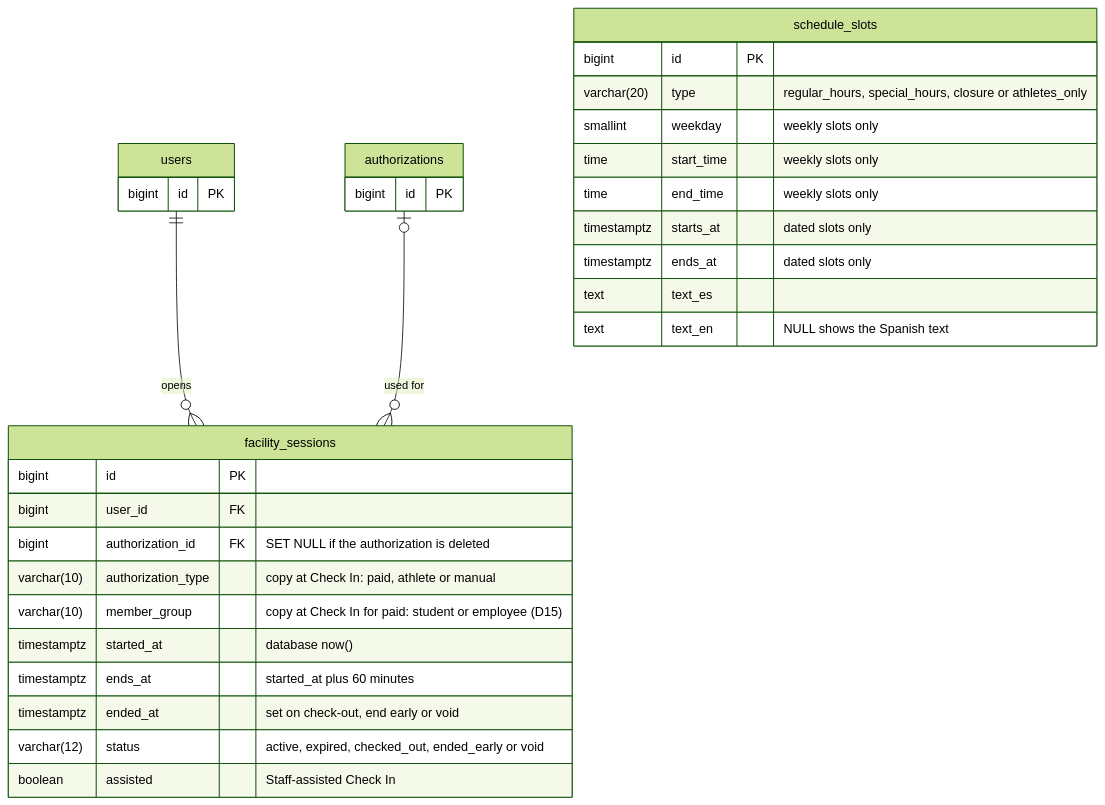
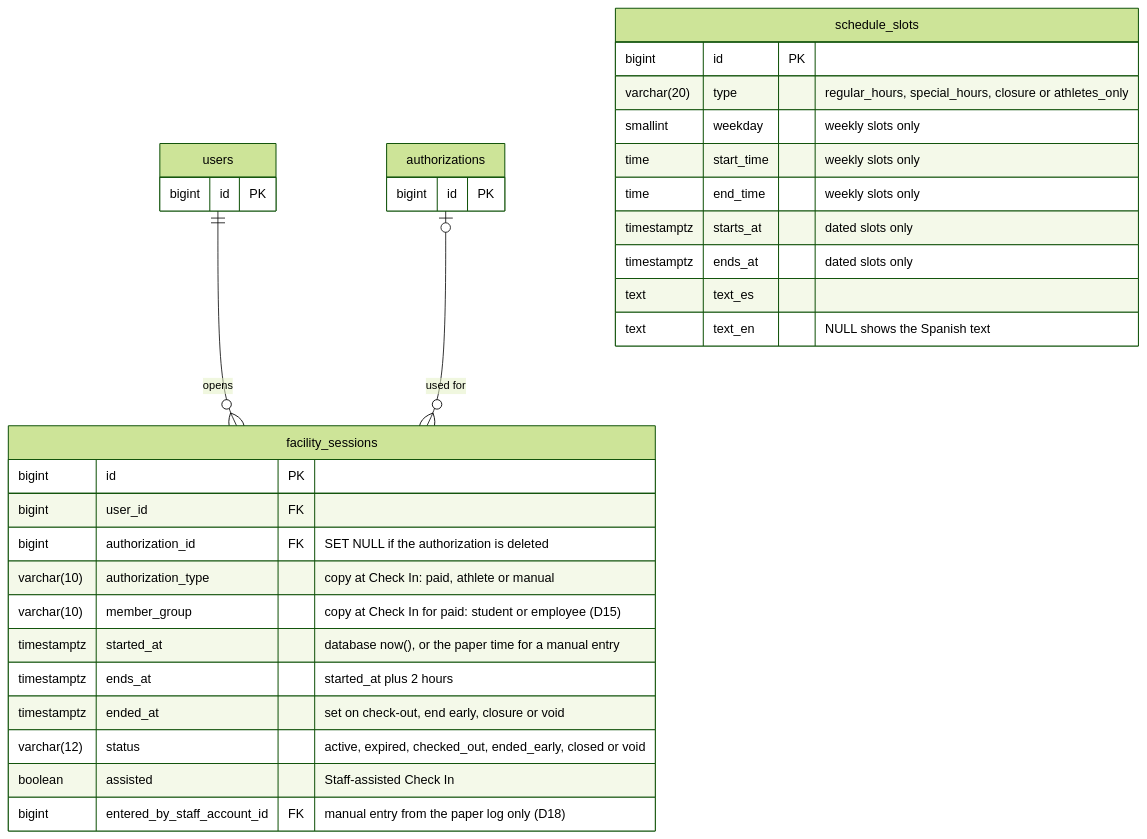
Before and after one commit to Th3-Minorities/natatorio-gym-app: the third of 4 diagrams in docs/design/data-model.md, drawn with Mermaid (forest theme). The commit also changed other lines of this file, not shown here.

Commit message:
Update the data model for one roster, the 2-hour close, closures, photo pending and manual entries

````diff
--- a/docs/design/data-model.md
+++ b/docs/design/data-model.md
@@ -206,35 +207,36 @@
 ```mermaid
 erDiagram
   users ||--o{ facility_sessions : "opens"
   authorizations |o--o{ facility_sessions : "used for"
 
   users {
     bigint id PK
   }
   authorizations {
     bigint id PK
   }
   facility_sessions {
     bigint id PK
     bigint user_id FK
     bigint authorization_id FK "SET NULL if the authorization is deleted"
     varchar(10) authorization_type "copy at Check In: paid, athlete or manual"
     varchar(10) member_group "copy at Check In for paid: student or employee (D15)"
-    timestamptz started_at "database now()"
-    timestamptz ends_at "started_at plus 60 minutes"
-    timestamptz ended_at "set on check-out, end early or void"
-    varchar(12) status "active, expired, checked_out, ended_early or void"
+    timestamptz started_at "database now(), or the paper time for a manual entry"
+    timestamptz ends_at "started_at plus 2 hours"
+    timestamptz ended_at "set on check-out, end early, closure or void"
+    varchar(12) status "active, expired, checked_out, ended_early, closed or void"
     boolean assisted "Staff-assisted Check In"
+    bigint entered_by_staff_account_id FK "manual entry from the paper log only (D18)"
   }
   schedule_slots {
     bigint id PK
     varchar(20) type "regular_hours, special_hours, closure or athletes_only"
     smallint weekday "weekly slots only"
     time start_time "weekly slots only"
     time end_time "weekly slots only"
     timestamptz starts_at "dated slots only"
     timestamptz ends_at "dated slots only"
     text text_es
     text text_en "NULL shows the Spanish text"
   }
 ```
````
